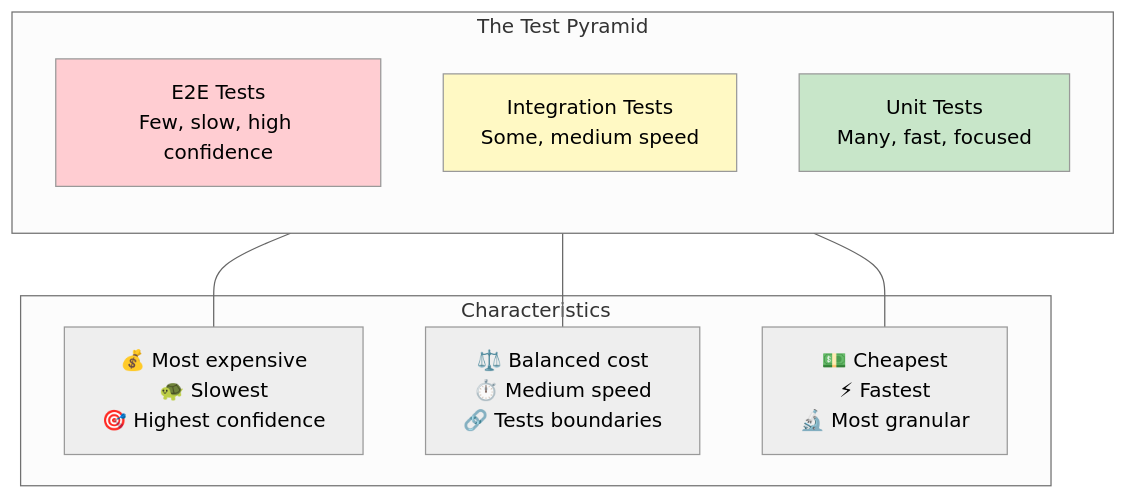
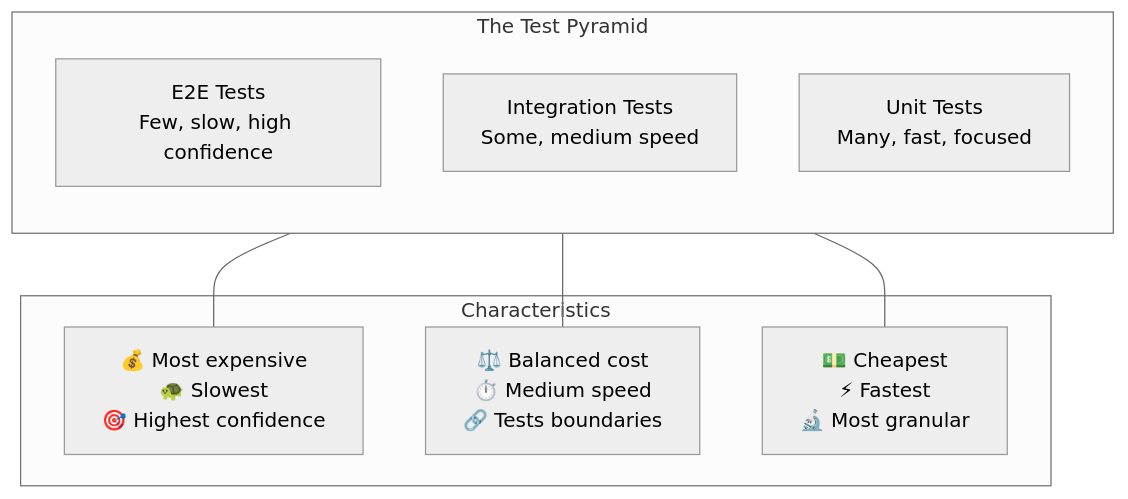
The first of 2 diagrams in docs/cicd/testing-quality.md (shivam-g-mishra/blog), drawn with Mermaid before and after one commit. The commit also changed other lines of this file and 23 other files, not shown here.

First line of the commit message:
fix: improve Mermaid diagram visibility in dark mode

````diff
--- a/docs/cicd/testing-quality.md
+++ b/docs/cicd/testing-quality.md
@@ -97,24 +97,20 @@
 ```mermaid
 %%{init: {'theme': 'neutral'}}%%
 flowchart TB
     subgraph pyramid["The Test Pyramid"]
         direction TB
         E2E["E2E Tests<br/>Few, slow, high confidence"]
         INT["Integration Tests<br/>Some, medium speed"]
         UNIT["Unit Tests<br/>Many, fast, focused"]
     end
     
     subgraph characteristics["Characteristics"]
         E2E_C["💰 Most expensive<br/>🐢 Slowest<br/>🎯 Highest confidence"]
         INT_C["⚖️ Balanced cost<br/>⏱️ Medium speed<br/>🔗 Tests boundaries"]
         UNIT_C["💵 Cheapest<br/>⚡ Fastest<br/>🔬 Most granular"]
     end
     
     E2E --- E2E_C
     INT --- INT_C
     UNIT --- UNIT_C
-    
-    style E2E fill:#ffcdd2
-    style INT fill:#fff9c4
-    style UNIT fill:#c8e6c9
 ```
````
